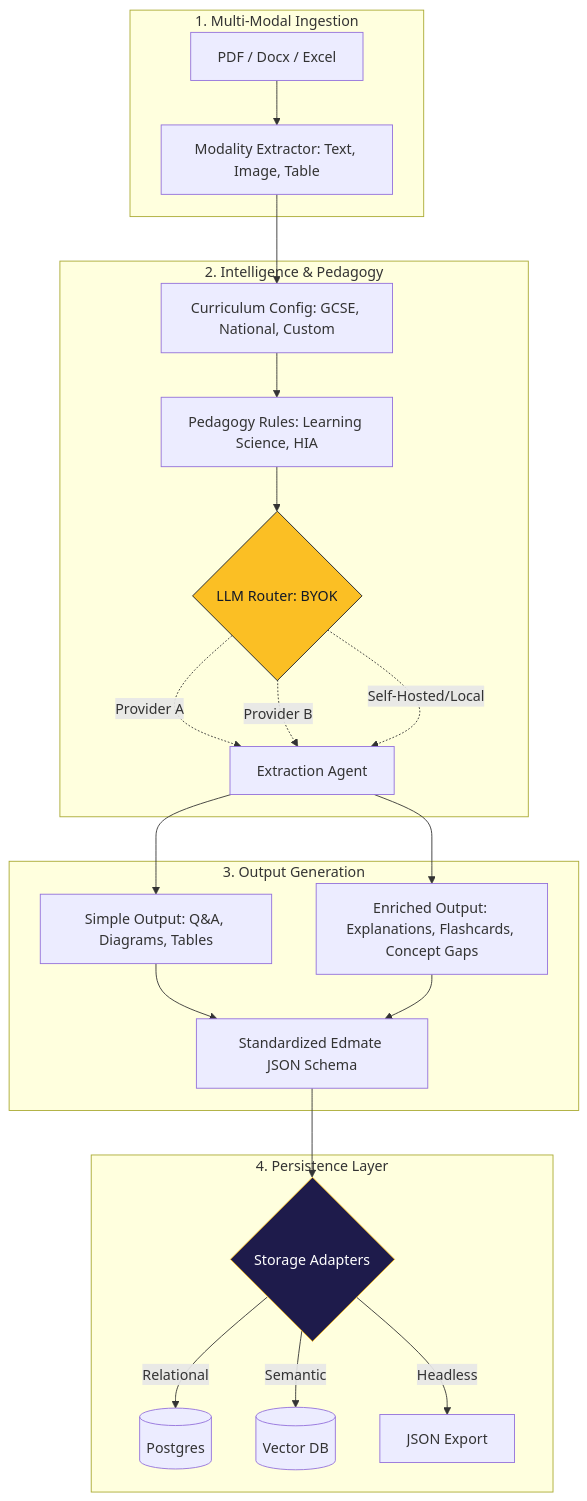
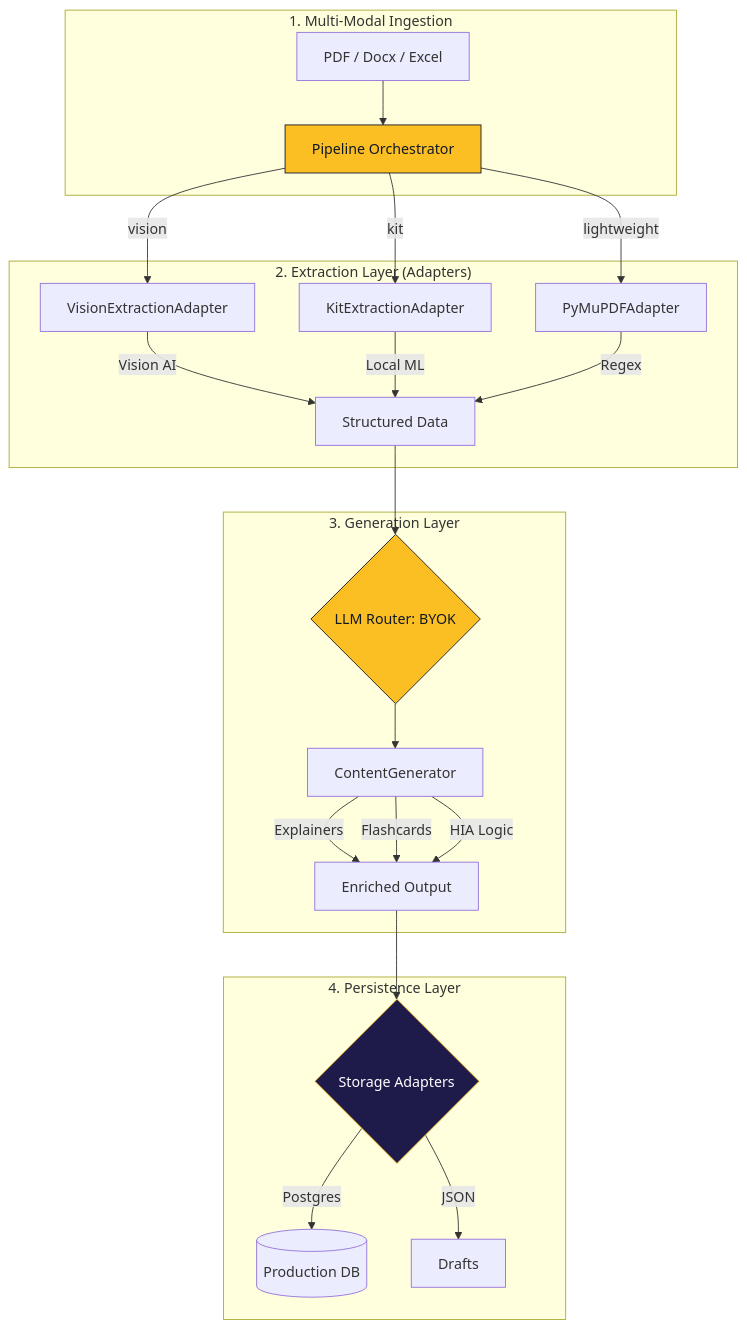
The diagram in README.md (shmukit/Edmate), drawn with Mermaid before and after one commit. The commit also changed other lines of this file and 5 other files, not shown here.

Commit message:
feat: implement VisionExtractionAdapter for multimodal PDF content extraction and update architecture documentation

````diff
--- a/README.md
+++ b/README.md
@@ -91,48 +91,43 @@
 ```mermaid
 graph TD
     %% 1. Ingestion
     subgraph Input ["1. Multi-Modal Ingestion"]
         A[PDF / Docx / Excel]
-        M[Modality Extractor: Text, Image, Table]
-        A --> M
+        O[Pipeline Orchestrator]
+        A --> O
     end
 
-    %% 2. Intelligence
-    subgraph Intelligence ["2. Intelligence & Pedagogy"]
-        C[Curriculum Config: GCSE, National, Custom]
-        P[Pedagogy Rules: Learning Science, HIA]
-        R{LLM Router: BYOK}
+    %% 2. Extraction Adapters
+    subgraph Extraction ["2. Extraction Layer (Adapters)"]
+        O -->|vision| V[VisionExtractionAdapter]
+        O -->|kit| K[KitExtractionAdapter]
+        O -->|lightweight| P[PyMuPDFAdapter]
         
-        M --> C
-        C --> P
-        P --> R
-        
-        R -.->|Provider A| E[Extraction Agent]
-        R -.->|Provider B| E
-        R -.->|Self-Hosted/Local| E
+        V -->|Vision AI| S1[Structured Data]
+        K -->|Local ML| S1
+        P -->|Regex| S1
     end
 
-    %% 3. Output
-    subgraph Output ["3. Output Generation"]
-        O1[Simple Output: Q&A, Diagrams, Tables]
-        O2[Enriched Output: Explanations, Flashcards, Concept Gaps]
+    %% 3. Intelligence
+    subgraph Intelligence ["3. Generation Layer"]
+        R{LLM Router: BYOK}
+        S1 --> R
         
-        E --> O1
-        E --> O2
-        
-        O1 --> S[Standardized Edmate JSON Schema]
-        O2 --> S
+        R --> G[ContentGenerator]
+        G -->|Explainers| O2[Enriched Output]
+        G -->|Flashcards| O2
+        G -->|HIA Logic| O2
     end
 
     %% 4. Storage
     subgraph Persistence ["4. Persistence Layer"]
         SA{Storage Adapters}
-        S --> SA
-        SA -->|Relational| DB1[(Postgres)]
-        SA -->|Semantic| DB2[(Vector DB)]
-        SA -->|Headless| DB3[JSON Export]
+        O2 --> SA
+        SA -->|Postgres| DB1[(Production DB)]
+        SA -->|JSON| DB3[Drafts]
     end
 
+    style O fill:#fbbf24,stroke:#111827,color:#111827
     style R fill:#fbbf24,stroke:#111827,color:#111827
     style SA fill:#1e1b4b,stroke:#fbbf24,color:#fff
 ```
````
